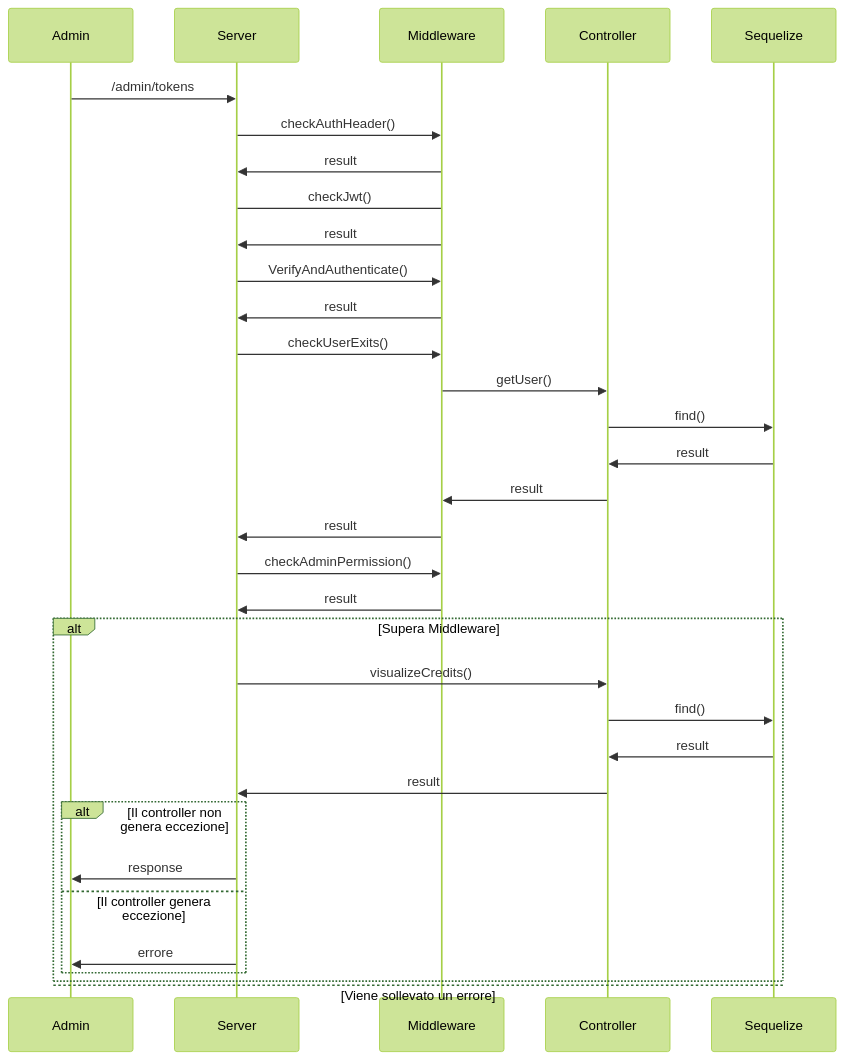
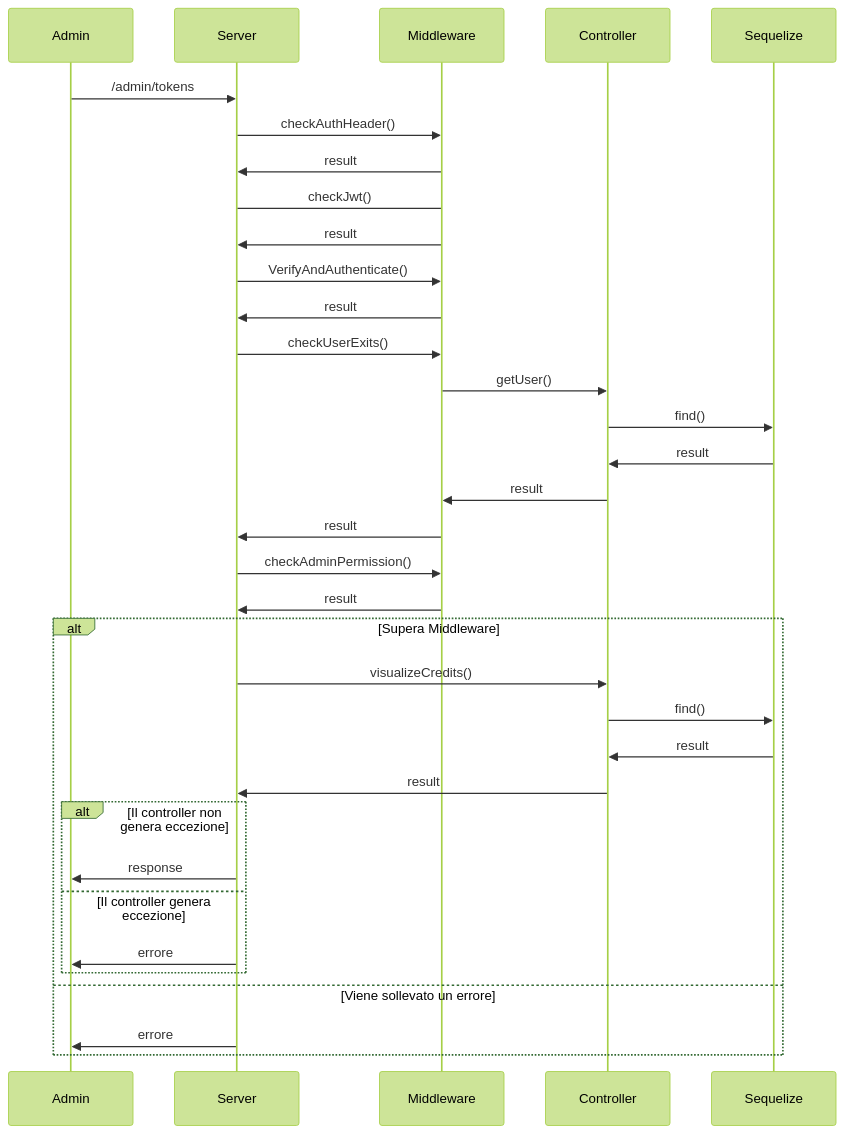
One commit to AgneseBruglia/PA2024 changed the fifth of 7 diagrams in README.md. Above: the diagram before and after it, drawn with Mermaid (forest theme).

````diff
--- a/README.md
+++ b/README.md
@@ -262,32 +262,33 @@
 ```mermaid
 sequenceDiagram
     Admin->>Server: /admin/tokens
     actor Admin
     Server->>Middleware: checkAuthHeader()
     Middleware->>Server: result
     Server->Middleware: checkJwt()
     Middleware->>Server: result
     Server->>Middleware: VerifyAndAuthenticate() 
     Middleware->>Server: result
     Server->>Middleware: checkUserExits()
     Middleware->>Controller: getUser()
     Controller->>Sequelize: find()
     Sequelize->>Controller: result
     Controller->>Middleware: result
     Middleware->>Server: result 
     Server->>Middleware: checkAdminPermission()
     Middleware->>Server: result 
     
     alt Supera Middleware
         Server->>Controller: visualizeCredits()
         Controller->>Sequelize: find()
         Sequelize->>Controller: result
         Controller->>Server:result
         alt Il controller non genera eccezione
              Server->>Admin: response
         else Il controller genera eccezione
              Server->>Admin: errore
         end 
     else Viene sollevato un errore
+        Server->>Admin:errore
     end
 ```
````
